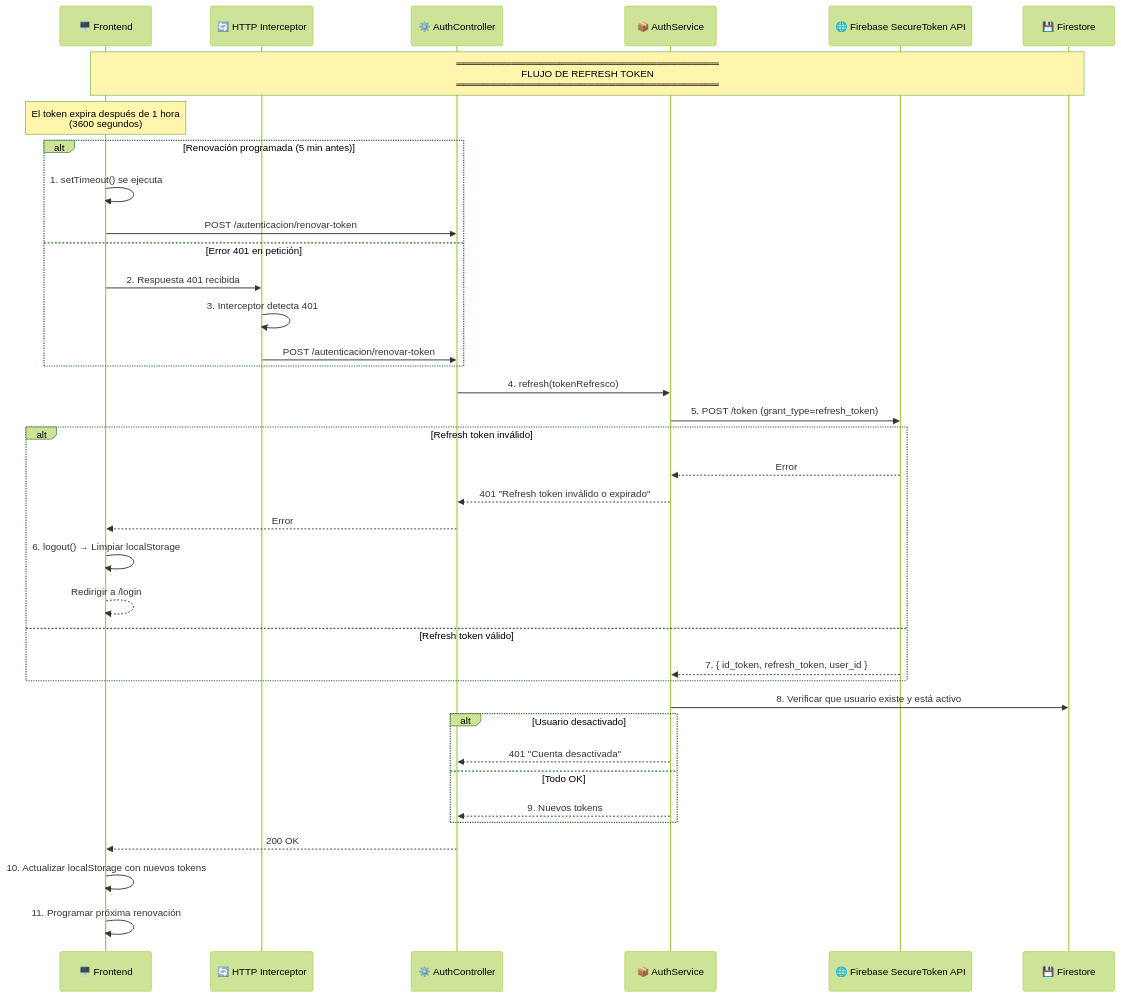
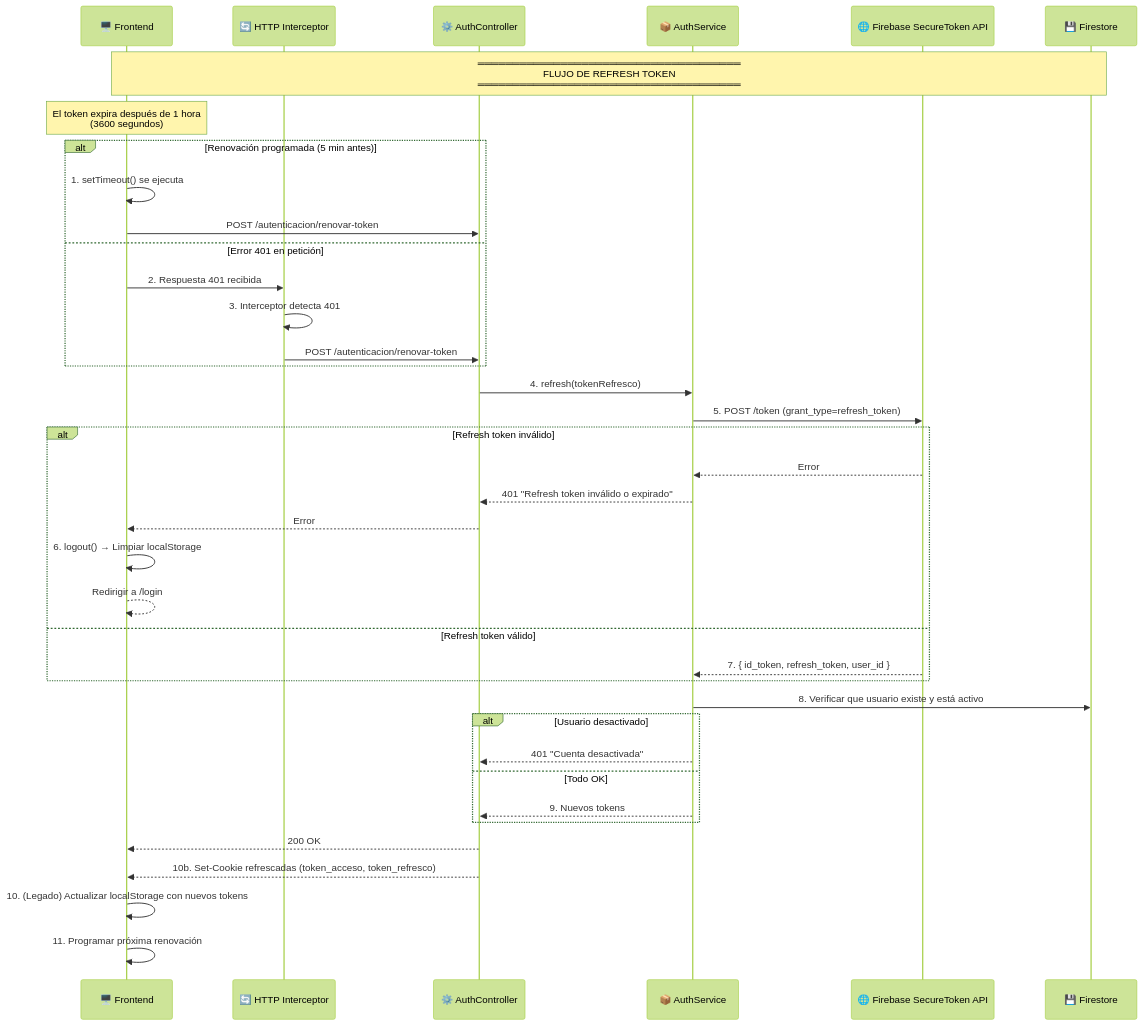
Before and after one commit to Isael7w7/raices-backend: the fifth of 12 diagrams in docs/AUTH-FLOW.md, drawn with Mermaid (forest theme). The commit also changed other lines of this file, not shown here.

Commit message:
docs: actualizar AUTH-FLOW.md con el flujo dual de sesión (cookies httpOnly)

````diff
--- a/docs/AUTH-FLOW.md
+++ b/docs/AUTH-FLOW.md
@@ -285,48 +355,49 @@
 ```mermaid
 sequenceDiagram
     participant F as 🖥️ Frontend
     participant I as 🔄 HTTP Interceptor
     participant A as ⚙️ AuthController
     participant S as 📦 AuthService
     participant REST as 🌐 Firebase SecureToken API
     participant DB as 💾 Firestore
 
     Note over F,DB: ══════════════════════════════════════<br/>FLUJO DE REFRESH TOKEN<br/>══════════════════════════════════════
 
     Note over F: El token expira después de 1 hora<br/>(3600 segundos)
 
     alt Renovación programada (5 min antes)
         F->>F: 1. setTimeout() se ejecuta
         F->>A: POST /autenticacion/renovar-token
     else Error 401 en petición
         F->>I: 2. Respuesta 401 recibida
         I->>I: 3. Interceptor detecta 401
         I->>A: POST /autenticacion/renovar-token
     end
 
     A->>S: 4. refresh(tokenRefresco)
     
     S->>REST: 5. POST /token (grant_type=refresh_token)
     
     alt Refresh token inválido
         REST-->>S: Error
         S-->>A: 401 "Refresh token inválido o expirado"
         A-->>F: Error
         F->>F: 6. logout() → Limpiar localStorage
         F-->>F: Redirigir a /login
     else Refresh token válido
         REST-->>S: 7. { id_token, refresh_token, user_id }
     end
 
     S->>DB: 8. Verificar que usuario existe y está activo
     
     alt Usuario desactivado
         S-->>A: 401 "Cuenta desactivada"
     else Todo OK
         S-->>A: 9. Nuevos tokens
     end
 
     A-->>F: 200 OK
-    F->>F: 10. Actualizar localStorage con nuevos tokens
+    A-->>F: 10b. Set-Cookie refrescadas (token_acceso, token_refresco)
+    F->>F: 10. (Legado) Actualizar localStorage con nuevos tokens
     F->>F: 11. Programar próxima renovación
 ```
````
